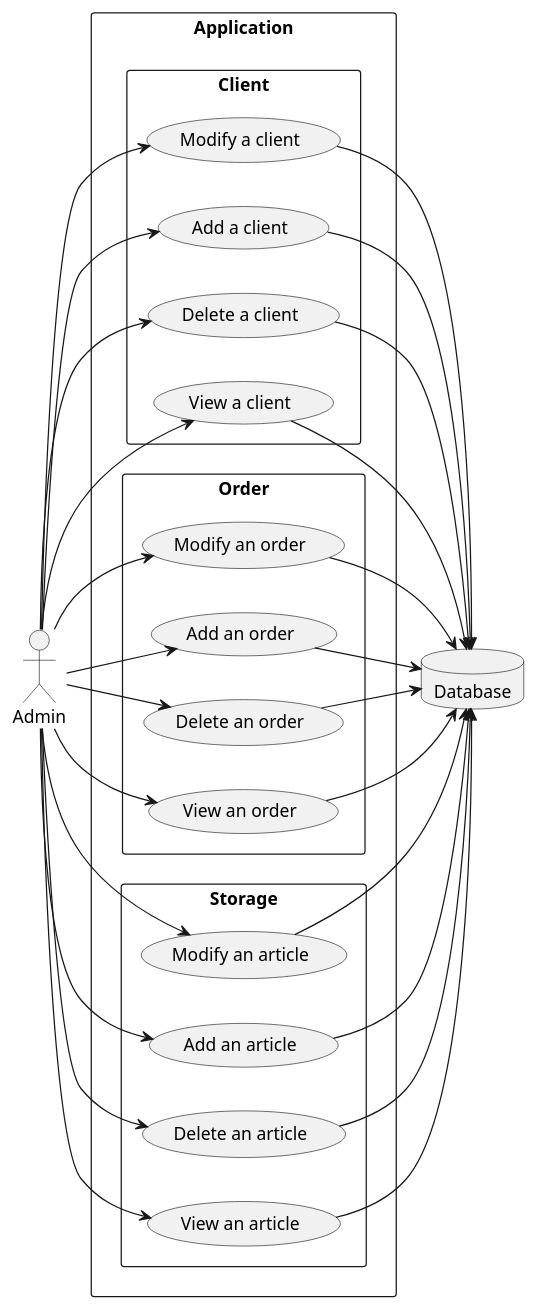
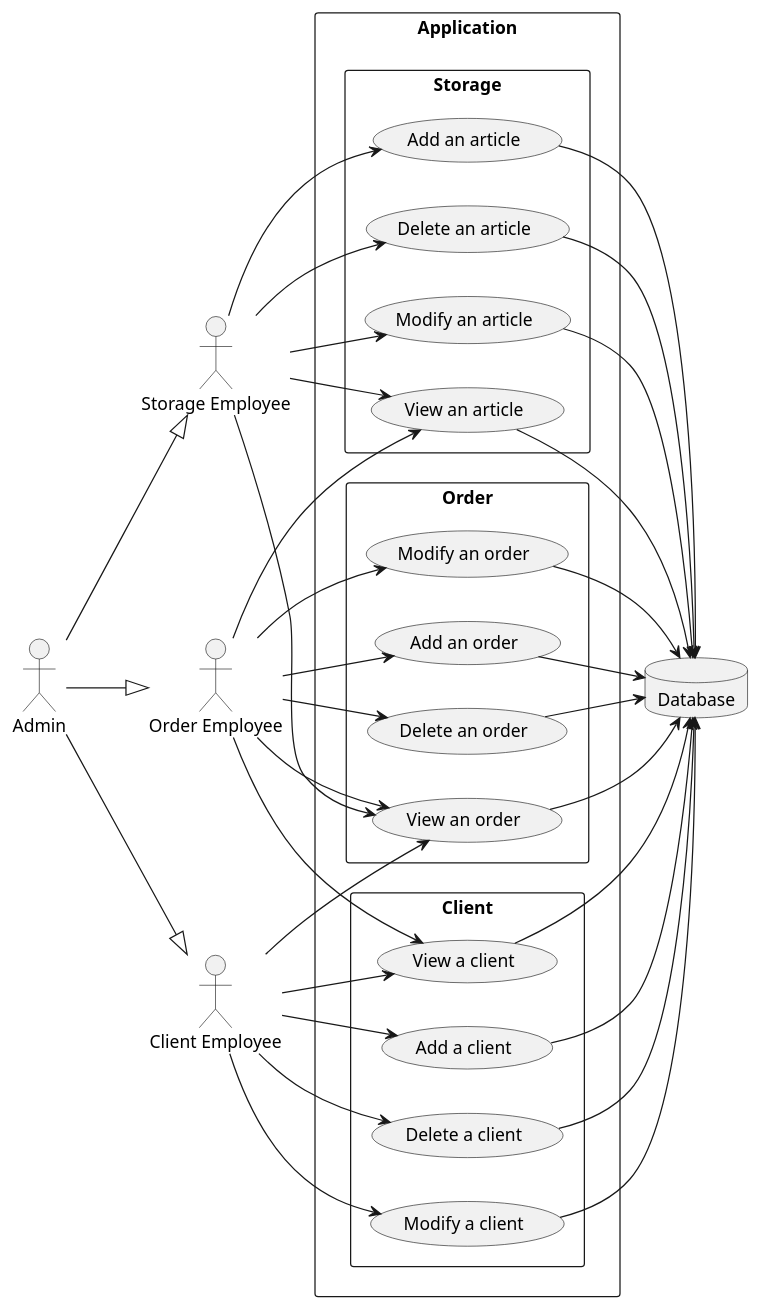
One commit to CESI-ORLEANS-A2/Groupe-3-Projet-Bloc-POO changed the diagram in Diagrammes UML/Diagramme de cas d'utilisation/Diagramme de cas d'utilisation.puml. Above: the diagram before and after it, drawn with PlantUML. The commit also changed 1 other file, not shown here.

```diff
--- a/Diagrammes UML/Diagramme de cas d'utilisation/Diagramme de cas d'utilisation.puml
+++ b/Diagrammes UML/Diagramme de cas d'utilisation/Diagramme de cas d'utilisation.puml
@@ -1,62 +1,77 @@
 @startuml
 left to right direction
 
 actor "Admin" as ad
+actor "Storage Employee" as Es
+actor "Order Employee" as Eo
+actor "Client Employee" as Ec
 database "Database" as db
 
 rectangle Application {
   rectangle Client{
     usecase "Modify a client" as UC1
     usecase "Add a client" as UC2
     usecase "Delete a client" as UC3
     usecase "View a client" as UC4
   }
   rectangle Order{
     usecase "Modify an order" as UC5
     usecase "Add an order" as UC6
     usecase "Delete an order" as UC7
     usecase "View an order" as UC8
   }
   rectangle Storage{
     usecase "Modify an article" as UC9
     usecase "Add an article" as UC10
     usecase "Delete an article" as UC11
     usecase "View an article" as UC12
   }
 }
 
 ' ad --> Client
 ' ad --> Storage
 ' ad --> Order
 
 ' Client --> db
 ' Storage --> db
 ' Order --> db
 
-ad --> UC1
-ad --> UC2
-ad --> UC3
-ad --> UC4
-ad --> UC5
-ad --> UC6
-ad --> UC7
-ad --> UC8
-ad --> UC9
-ad --> UC10
-ad --> UC11
-ad --> UC12
+Ec --> UC1
+Ec --> UC2
+Ec --> UC3
+Ec --> UC4
+Ec --> UC8
+
+Es --> UC9
+Es --> UC10
+Es --> UC11
+Es --> UC12
+Es --> UC8
+
+Eo --> UC4
+Eo --> UC5
+Eo --> UC6
+Eo --> UC7
+Eo --> UC8
+Eo --> UC12
+
+
+
 
 UC1 --> db
 UC2 --> db
 UC3 --> db
 UC4 --> db
 UC5 --> db
 UC6 --> db
 UC7 --> db
 UC8 --> db
 UC9 --> db
 UC10 --> db
 UC11 --> db
 UC12 --> db
 
+ad --|>Es
+ad --|>Ec
+ad --|>Eo
 @enduml
```
